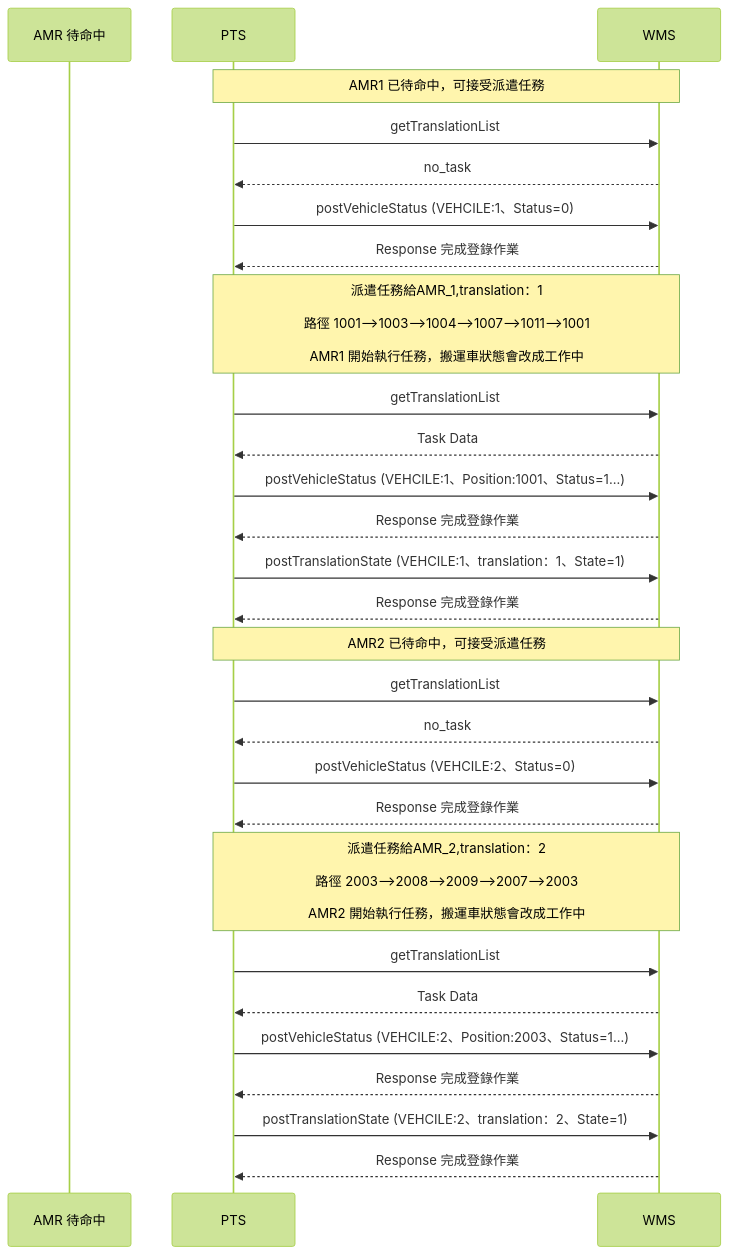
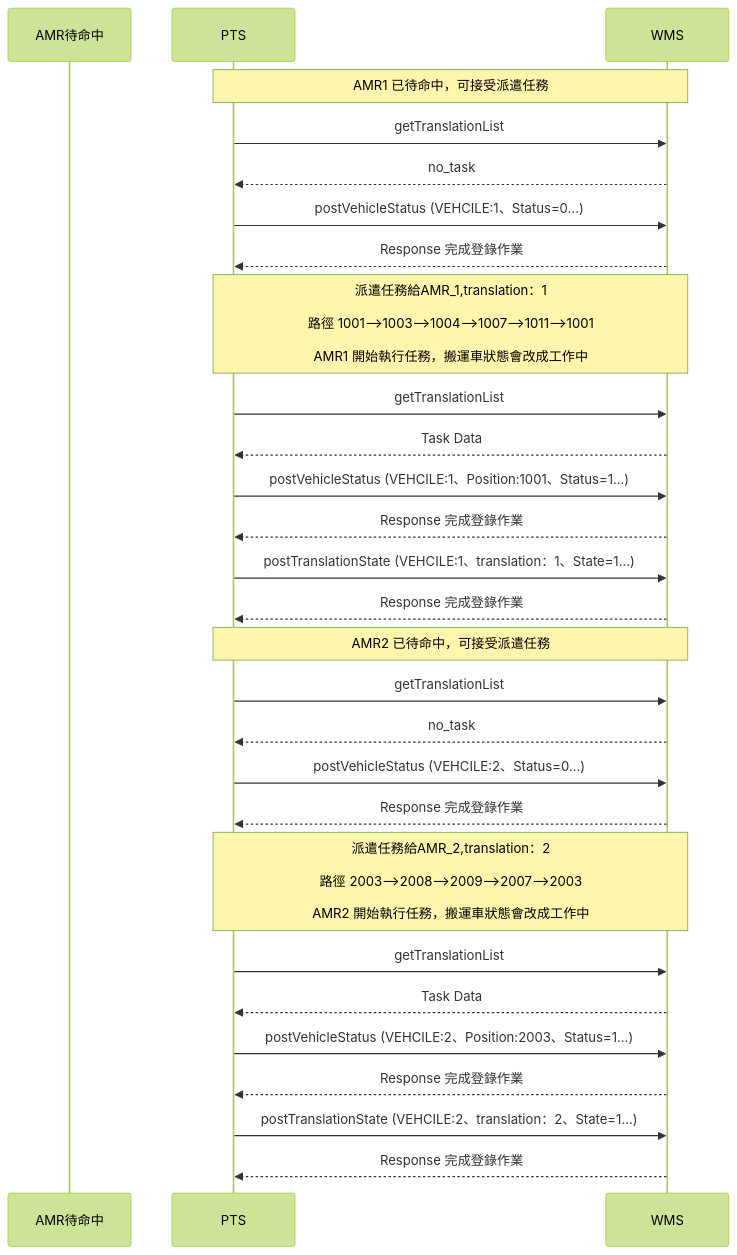
Before and after one commit to athena-tircgo/amr-wms-lsj: the sixth of 9 diagrams in README.md, drawn with Mermaid (forest theme). The commit also changed other lines of this file, not shown here.

````diff
--- a/README.md
+++ b/README.md
@@ -340,35 +340,35 @@
 ```mermaid
 sequenceDiagram
-    participant AMR 待命中
+    participant AMR待命中
     participant PTS
     participant WMS
 
 note over PTS,WMS: AMR1 已待命中，可接受派遣任務
         PTS->>WMS: getTranslationList
         WMS-->>PTS: no_task
-        PTS->>WMS: postVehicleStatus (VEHCILE:1、Status=0)
+        PTS->>WMS: postVehicleStatus (VEHCILE:1、Status=0...)
         WMS-->>PTS: Response 完成登錄作業
         
 note over PTS,WMS: 派遣任務給AMR_1,translation：1<br><br>路徑 1001-->1003-->1004-->1007-->1011-->1001<br><br>AMR1 開始執行任務，搬運車狀態會改成工作中
      PTS->>WMS: getTranslationList
      WMS-->>PTS: Task Data
      PTS->>WMS: postVehicleStatus (VEHCILE:1、Position:1001、Status=1...)
      WMS-->>PTS: Response 完成登錄作業
-     PTS->>WMS: postTranslationState (VEHCILE:1、translation：1、State=1)
+     PTS->>WMS: postTranslationState (VEHCILE:1、translation：1、State=1...)
      WMS-->>PTS: Response 完成登錄作業
 
 note over PTS,WMS: AMR2 已待命中，可接受派遣任務
         PTS->>WMS: getTranslationList
         WMS-->>PTS: no_task
-        PTS->>WMS: postVehicleStatus (VEHCILE:2、Status=0)
+        PTS->>WMS: postVehicleStatus (VEHCILE:2、Status=0...)
         WMS-->>PTS:Response 完成登錄作業
 
 note over PTS,WMS: 派遣任務給AMR_2,translation：2<br><br>路徑 2003-->2008-->2009-->2007-->2003<br><br>AMR2 開始執行任務，搬運車狀態會改成工作中
      PTS->>WMS: getTranslationList
      WMS-->>PTS: Task Data
      PTS->>WMS: postVehicleStatus (VEHCILE:2、Position:2003、Status=1...)
      WMS-->>PTS: Response 完成登錄作業
-     PTS->>WMS: postTranslationState (VEHCILE:2、translation：2、State=1)
+     PTS->>WMS: postTranslationState (VEHCILE:2、translation：2、State=1...)
      WMS-->>PTS: Response 完成登錄作業
 
 ```
````
